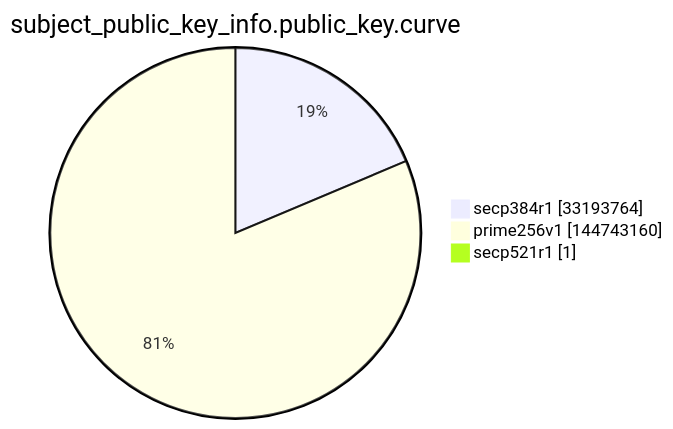
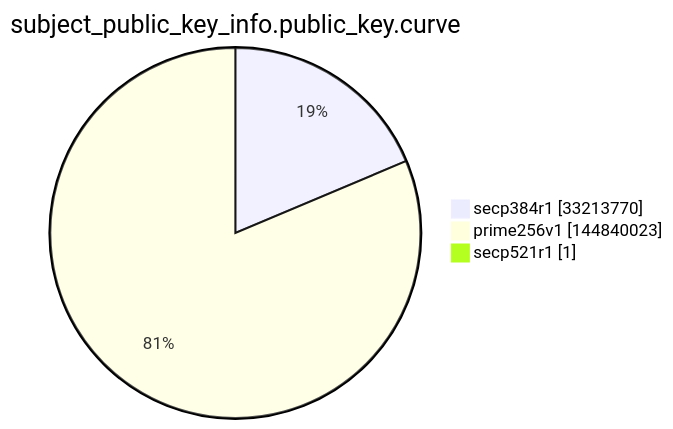
One commit to christiankrug/ctmonitor_visualization changed the ninth of 15 diagrams in argon2022/README.md. Above: the diagram before and after it, drawn with Mermaid. The commit also changed other lines of this file, not shown here.

````diff
--- a/argon2022/README.md
+++ b/argon2022/README.md
@@ -2764,7 +2764,7 @@
 ```mermaid
 pie showData
 title subject_public_key_info.public_key.curve
-"secp384r1" :33193764
-"prime256v1" :144743160
+"secp384r1" :33213770
+"prime256v1" :144840023
 "secp521r1" :1
 ```
````
